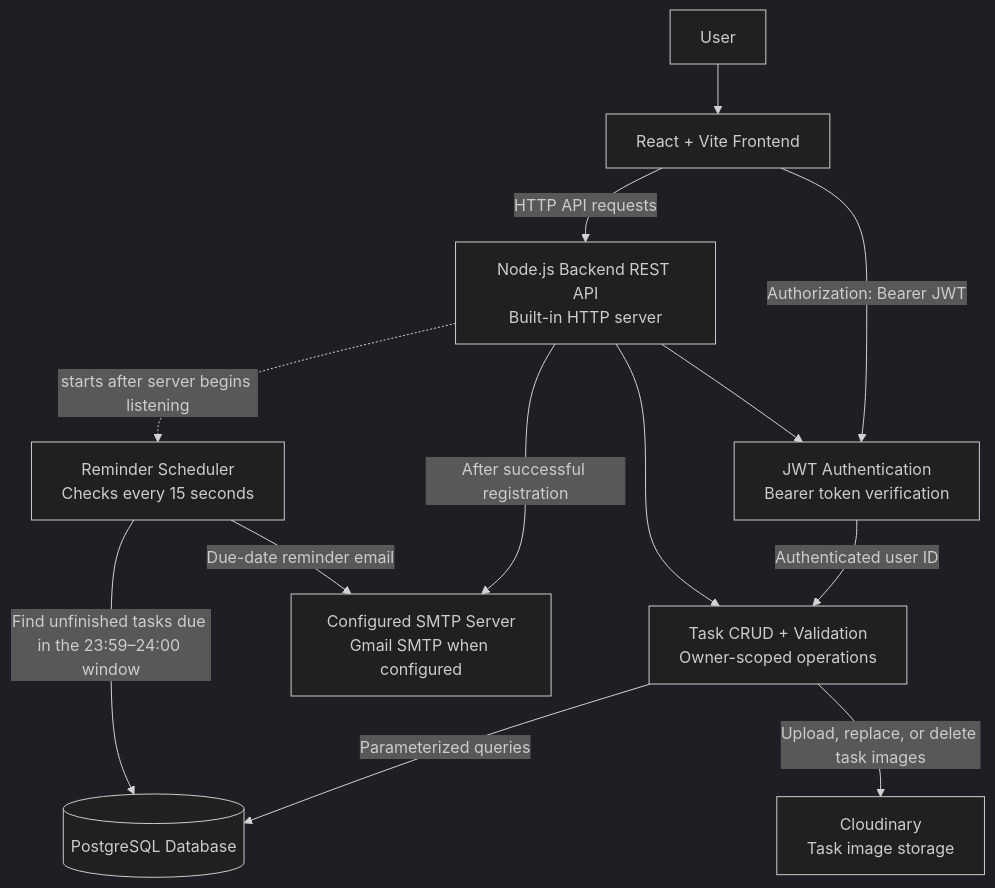
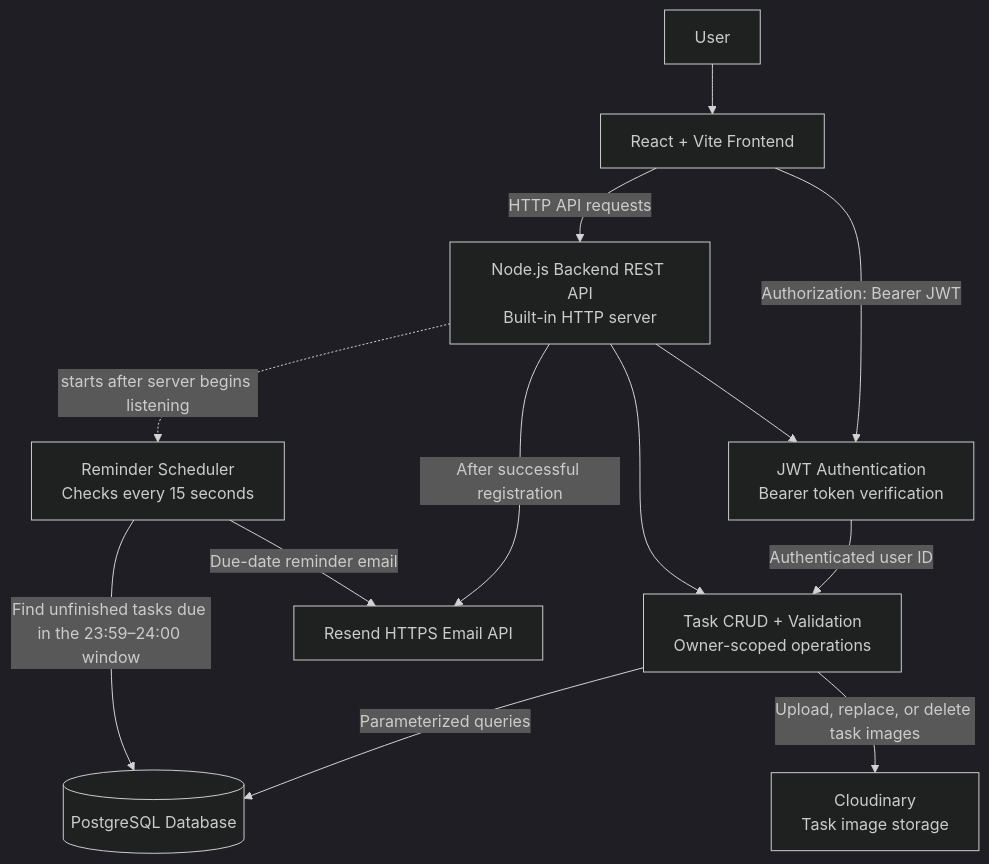
The diagram in docs/architecture.md (priyadharshinik019/task-manager-application), drawn with Mermaid (dark theme) before and after one commit. The commit also changed other lines of this file and 6 other files, not shown here.

Commit message:
feat(email): migrate welcome emails to Resend

````diff
--- a/docs/architecture.md
+++ b/docs/architecture.md
@@ -3,26 +3,26 @@
 ```mermaid
 flowchart TD
     User[User]
     Frontend[React + Vite Frontend]
     API[Node.js Backend REST API<br/>Built-in HTTP server]
     JWT[JWT Authentication<br/>Bearer token verification]
     Tasks[Task CRUD + Validation<br/>Owner-scoped operations]
     Database[(PostgreSQL Database)]
     Cloudinary[Cloudinary<br/>Task image storage]
     Scheduler[Reminder Scheduler<br/>Checks every 15 seconds]
-    Email[Configured SMTP Server<br/>Gmail SMTP when configured]
+    Email[Resend HTTPS Email API]
 
     User --> Frontend
     Frontend -->|HTTP API requests| API
     Frontend -->|Authorization: Bearer JWT| JWT
     API --> JWT
     JWT -->|Authenticated user ID| Tasks
     API --> Tasks
     Tasks -->|Parameterized queries| Database
     Tasks -->|Upload, replace, or delete task images| Cloudinary
 
     API -->|After successful registration| Email
     Scheduler -->|Find unfinished tasks due in the 23:59–24:00 window| Database
     Scheduler -->|Due-date reminder email| Email
     API -. starts after server begins listening .-> Scheduler
 ```
````
